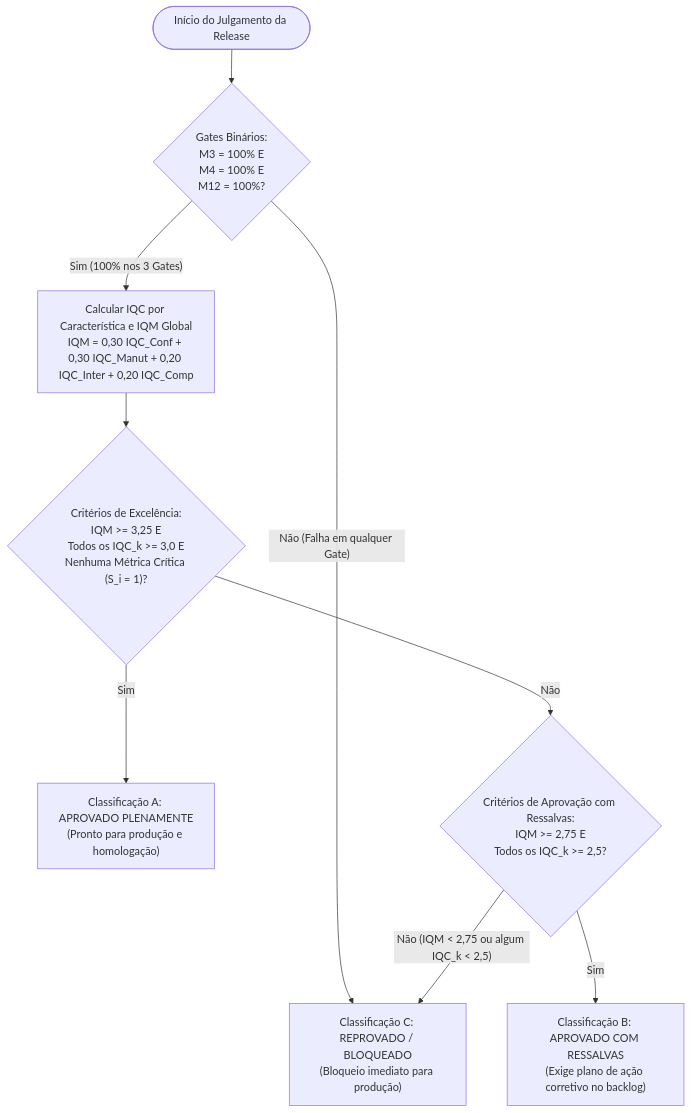
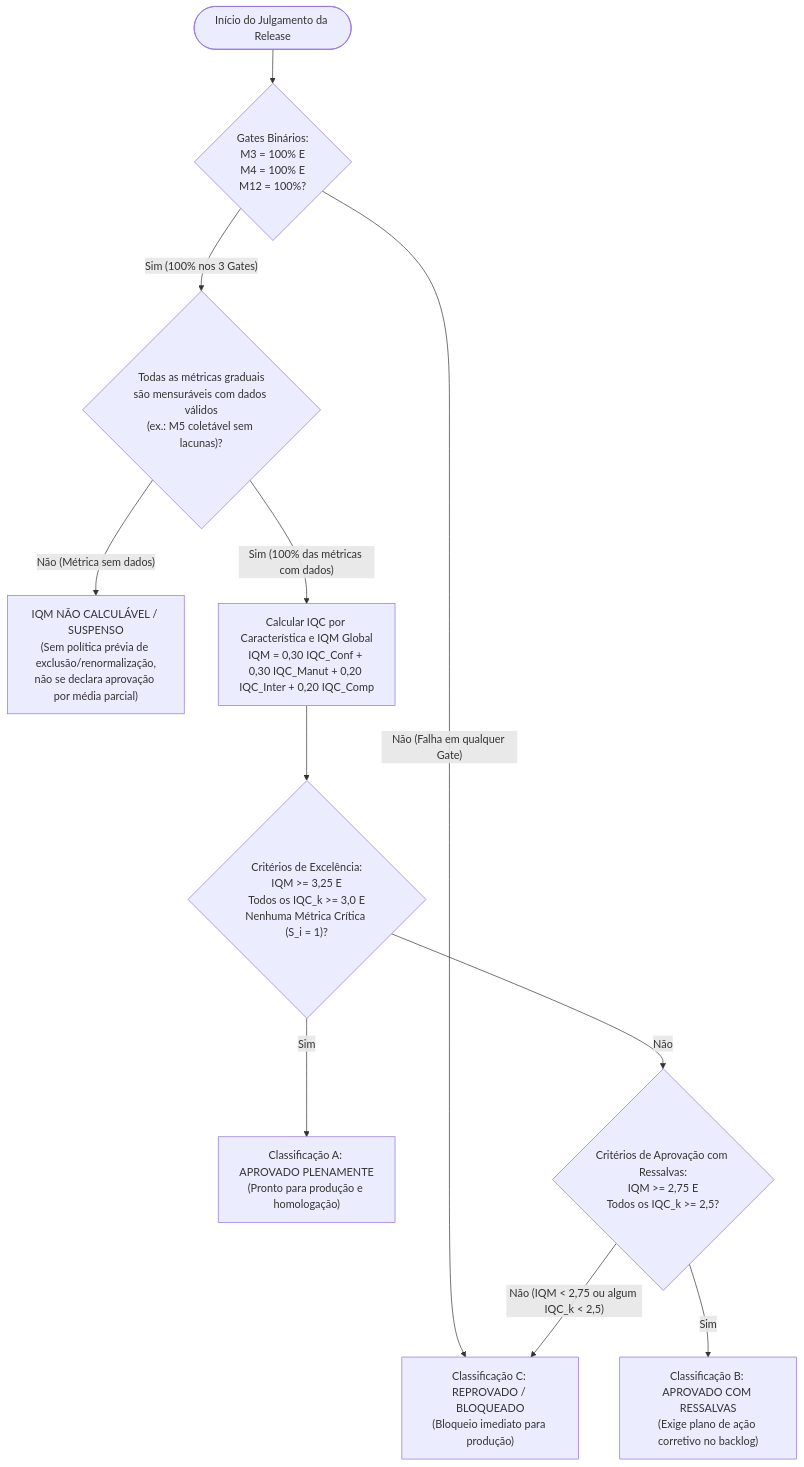
One commit to FCTE-Qualidade-de-Software-1/2026-2_T02_GRACE_HOPPER changed the sixth of 6 diagrams in docs/gqm_evaluation_framework.md. Above: the diagram before and after it, drawn with Mermaid. The commit also changed other lines of this file and 7 other files, not shown here.

````diff
--- a/docs/gqm_evaluation_framework.md
+++ b/docs/gqm_evaluation_framework.md
@@ -660,18 +660,22 @@
 ```mermaid
 flowchart TD
     Start(["Início do Julgamento da Release"]) --> Gates{"Gates Binários:<br/>M3 = 100% E<br/>M4 = 100% E<br/>M12 = 100%?"}
 
     Gates -- "Não (Falha em qualquer Gate)" --> ClassC["Classificação C: REPROVADO / BLOQUEADO<br/>(Bloqueio imediato para produção)"]
 
-    Gates -- "Sim (100% nos 3 Gates)" --> CalcIQM["Calcular IQC por Característica e IQM Global<br/>IQM = 0,30 IQC_Conf + 0,30 IQC_Manut + 0,20 IQC_Inter + 0,20 IQC_Comp"]
+    Gates -- "Sim (100% nos 3 Gates)" --> CheckMeasurable{"Todas as métricas graduais<br/>são mensuráveis com dados válidos<br/>(ex.: M5 coletável sem lacunas)?"}
+
+    CheckMeasurable -- "Não (Métrica sem dados)" --> NonCalculable["IQM NÃO CALCULÁVEL / SUSPENSO<br/>(Sem política prévia de exclusão/renormalização,<br/>não se declara aprovação por média parcial)"]
+
+    CheckMeasurable -- "Sim (100% das métricas com dados)" --> CalcIQM["Calcular IQC por Característica e IQM Global<br/>IQM = 0,30 IQC_Conf + 0,30 IQC_Manut + 0,20 IQC_Inter + 0,20 IQC_Comp"]
 
     CalcIQM --> CheckA{"Critérios de Excelência:<br/>IQM >= 3,25 E<br/>Todos os IQC_k >= 3,0 E<br/>Nenhuma Métrica Crítica (S_i = 1)?"}
 
     CheckA -- "Sim" --> ClassA["Classificação A: APROVADO PLENAMENTE<br/>(Pronto para produção e homologação)"]
 
     CheckA -- "Não" --> CheckB{"Critérios de Aprovação com Ressalvas:<br/>IQM >= 2,75 E<br/>Todos os IQC_k >= 2,5?"}
 
     CheckB -- "Sim" --> ClassB["Classificação B: APROVADO COM RESSALVAS<br/>(Exige plano de ação corretivo no backlog)"]
 
     CheckB -- "Não (IQM < 2,75 ou algum IQC_k < 2,5)" --> ClassC
 ```
````
